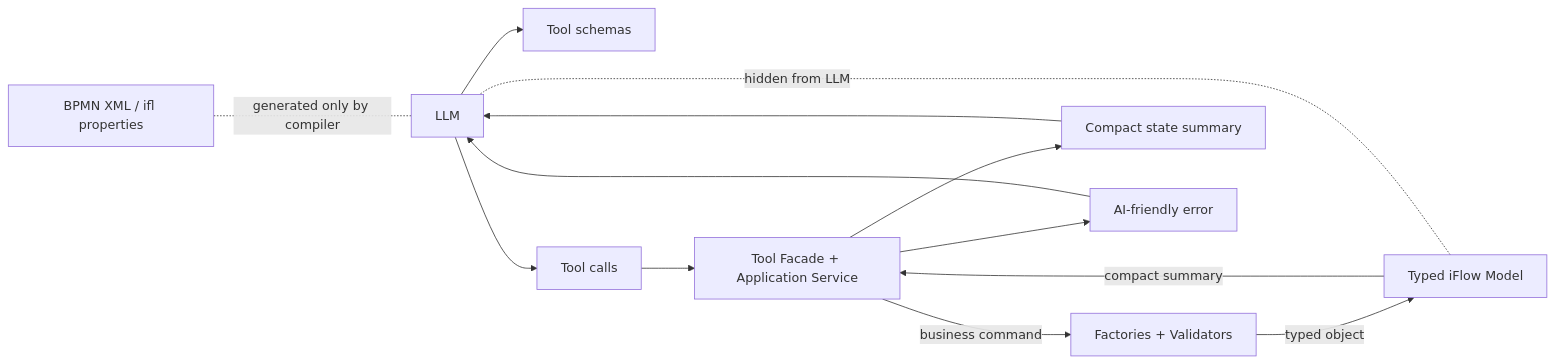
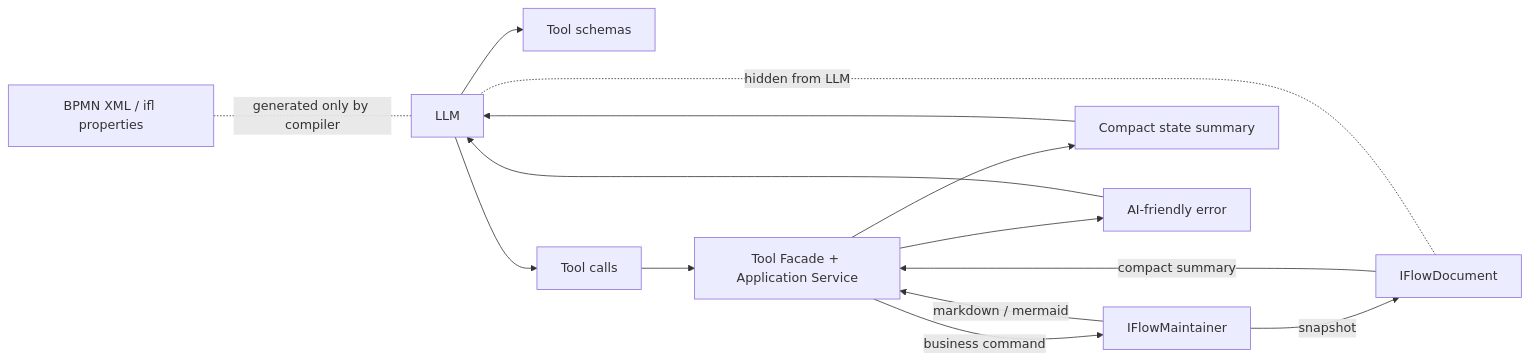
Before and after one commit to hqqw2h-lgtm/integrationsuite-agent: the second of 3 diagrams in docs/02-architecture.md, drawn with Mermaid. The commit also changed other lines of this file and 3 other files, not shown here.

Commit message:
Document maintainer engineering controls

````diff
--- a/docs/02-architecture.md
+++ b/docs/02-architecture.md
@@ -73,18 +76,19 @@
 ```mermaid
 flowchart LR
     LLM[LLM] --> ToolSchema[Tool schemas]
     LLM --> ToolCall[Tool calls]
     ToolCall --> ToolLayer[Tool Facade + Application Service]
 
-    ToolLayer -->|business command| Factory[Factories + Validators]
-    Factory -->|typed object| Model[Typed iFlow Model]
+    ToolLayer -->|business command| Maintainer[IFlowMaintainer]
+    Maintainer -->|snapshot| Model[IFlowDocument]
+    Maintainer -->|markdown / mermaid| ToolLayer
     Model -->|compact summary| ToolLayer
     ToolLayer --> Summary[Compact state summary]
     ToolLayer --> FriendlyError[AI-friendly error]
 
     Summary --> LLM
     FriendlyError --> LLM
 
     Model -. hidden from LLM .- LLM
     Bpmn[BPMN XML / ifl properties] -. generated only by compiler .- LLM
 ```
````
